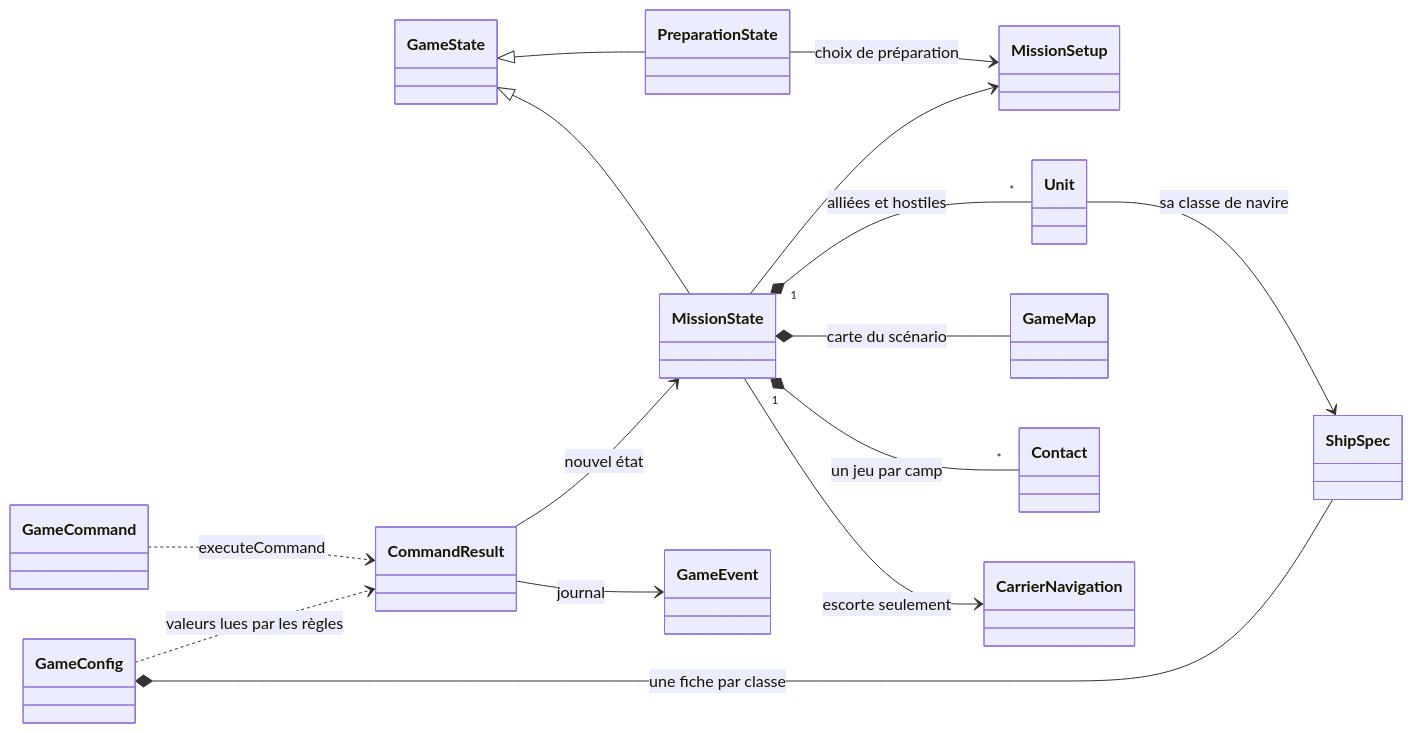
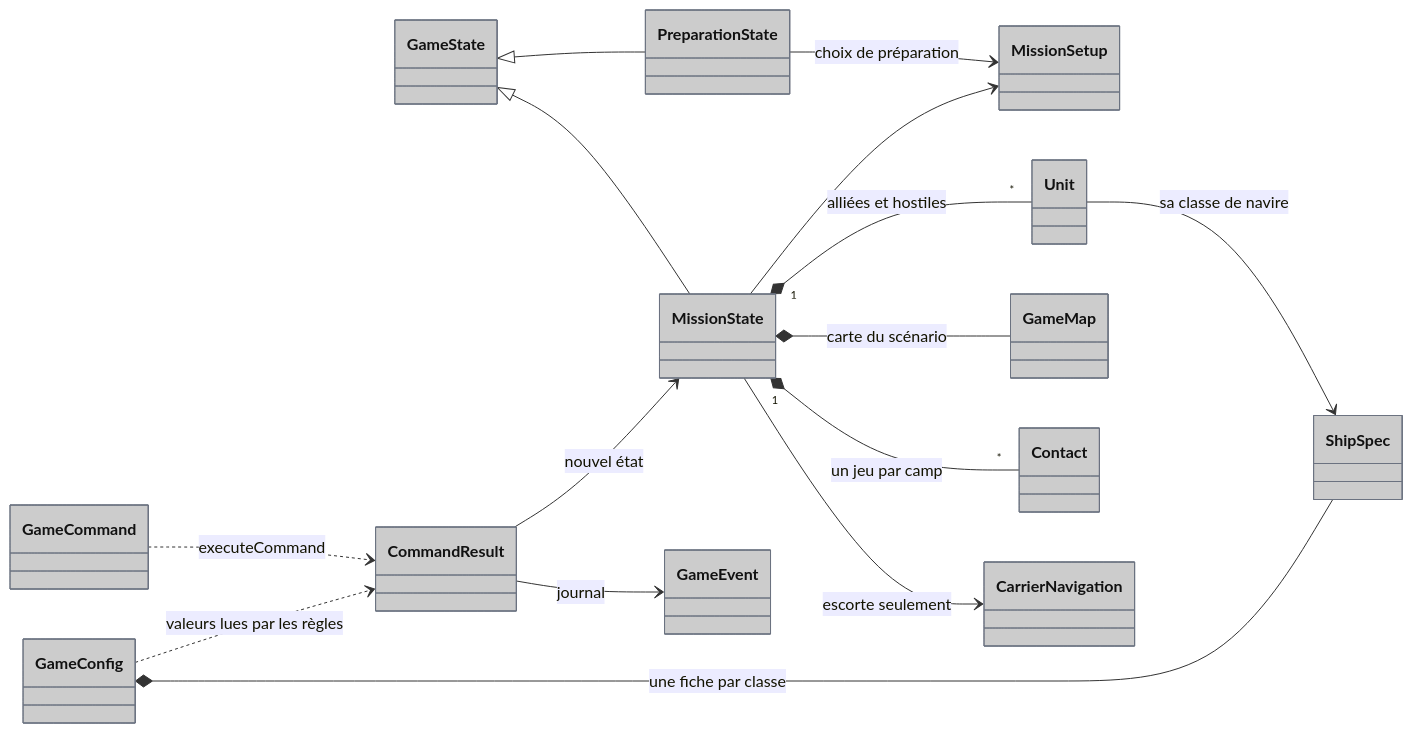
The diagram in docs/diagrams/09-modele-de-donnees.md (peangoulvant/Tacticoop), drawn with Mermaid before and after one commit. The commit also changed 8 other files, not shown here.

First line of the commit message:
Diagrammes : style gris uni, libellés nom en gras et explication en italique, disposition ELK (d'après 01-architecture)

````diff
--- a/docs/diagrams/09-modele-de-donnees.md
+++ b/docs/diagrams/09-modele-de-donnees.md
@@ -5,33 +5,48 @@
 ```mermaid
 classDiagram
     direction LR
     class GameState
     class PreparationState
     class MissionState
     class MissionSetup
     class Unit
     class ShipSpec
     class GameMap
     class Contact
     class CarrierNavigation
     class GameCommand
     class CommandResult
     class GameEvent
     class GameConfig
 
     GameState <|-- PreparationState
     GameState <|-- MissionState
     PreparationState --> MissionSetup : choix de préparation
     MissionState --> MissionSetup
     MissionState "1" *-- "*" Unit : alliées et hostiles
     MissionState *-- GameMap : carte du scénario
     MissionState "1" *-- "*" Contact : un jeu par camp
     MissionState --> CarrierNavigation : escorte seulement
     Unit --> ShipSpec : sa classe de navire
     GameConfig *-- ShipSpec : une fiche par classe
 
     GameCommand ..> CommandResult : executeCommand
     CommandResult --> MissionState : nouvel état
     CommandResult --> GameEvent : journal
     GameConfig ..> CommandResult : valeurs lues par les règles
+
+
+    style GameState fill:#cccccc,stroke:#6b7280,color:#111
+    style PreparationState fill:#cccccc,stroke:#6b7280,color:#111
+    style MissionState fill:#cccccc,stroke:#6b7280,color:#111
+    style MissionSetup fill:#cccccc,stroke:#6b7280,color:#111
+    style Unit fill:#cccccc,stroke:#6b7280,color:#111
+    style ShipSpec fill:#cccccc,stroke:#6b7280,color:#111
+    style GameMap fill:#cccccc,stroke:#6b7280,color:#111
+    style Contact fill:#cccccc,stroke:#6b7280,color:#111
+    style CarrierNavigation fill:#cccccc,stroke:#6b7280,color:#111
+    style GameCommand fill:#cccccc,stroke:#6b7280,color:#111
+    style CommandResult fill:#cccccc,stroke:#6b7280,color:#111
+    style GameEvent fill:#cccccc,stroke:#6b7280,color:#111
+    style GameConfig fill:#cccccc,stroke:#6b7280,color:#111
 ```
````
